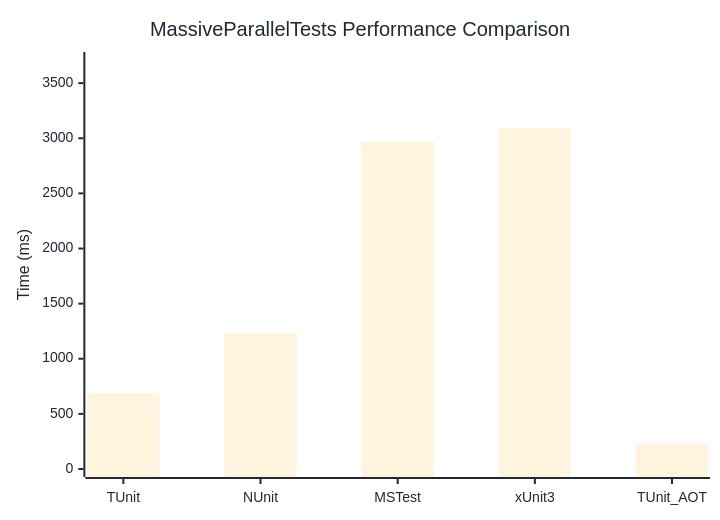
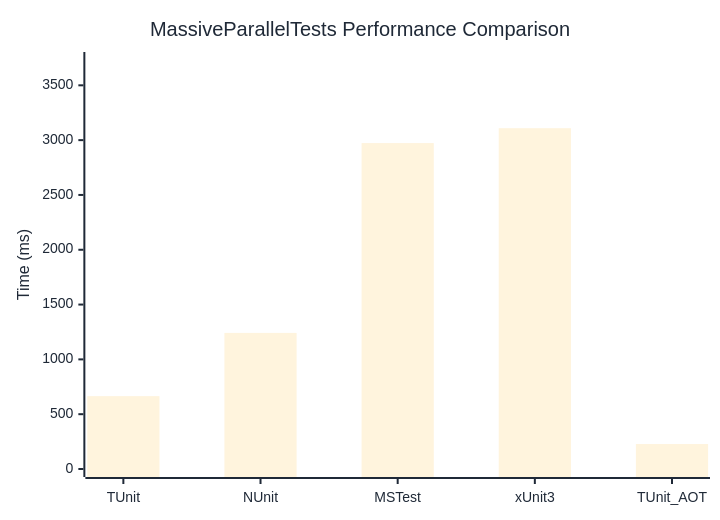
One commit to thomhurst/TUnit changed the diagram in docs/docs/benchmarks/MassiveParallelTests.md. Above: the diagram before and after it, drawn with Mermaid. The commit also changed other lines of this file and 17 other files, not shown here.

````diff
--- a/docs/docs/benchmarks/MassiveParallelTests.md
+++ b/docs/docs/benchmarks/MassiveParallelTests.md
@@ -27,37 +27,37 @@
 ```mermaid
 %%{init: {
   'theme':'base',
   'themeVariables': {
     'primaryColor': '#2563eb',
     'primaryTextColor': '#1f2937',
     'primaryBorderColor': '#1e40af',
     'lineColor': '#6b7280',
     'secondaryColor': '#7c3aed',
     'tertiaryColor': '#dc2626',
     'background': '#ffffff',
     'mainBkg': '#2563eb',
     'secondBkg': '#7c3aed',
     'tertiaryBkg': '#dc2626',
     'clusterBkg': '#f3f4f6',
     'edgeLabelBackground': '#ffffff',
     'tertiaryTextColor': '#1f2937',
     'pie1': '#2563eb',
     'pie2': '#7c3aed',
     'pie3': '#dc2626',
     'pie4': '#f59e0b',
     'pie5': '#10b981',
     'pie6': '#06b6d4',
     'pie7': '#ec4899',
     'pie8': '#6366f1',
     'pie9': '#84cc16',
     'pie10': '#f97316',
     'pie11': '#14b8a6',
     'pie12': '#a855f7'
   }
 }}%%
 xychart-beta
   title "MassiveParallelTests Performance Comparison"
   x-axis ["TUnit", "NUnit", "MSTest", "xUnit3", "TUnit_AOT"]
-  y-axis "Time (ms)" 0 --> 3710
-  bar [686.6, 1233.6, 2967.9, 3091.4, 229.3]
+  y-axis "Time (ms)" 0 --> 3731
+  bar [664.7, 1241.4, 2973.1, 3109, 227.6]
 ```
````
